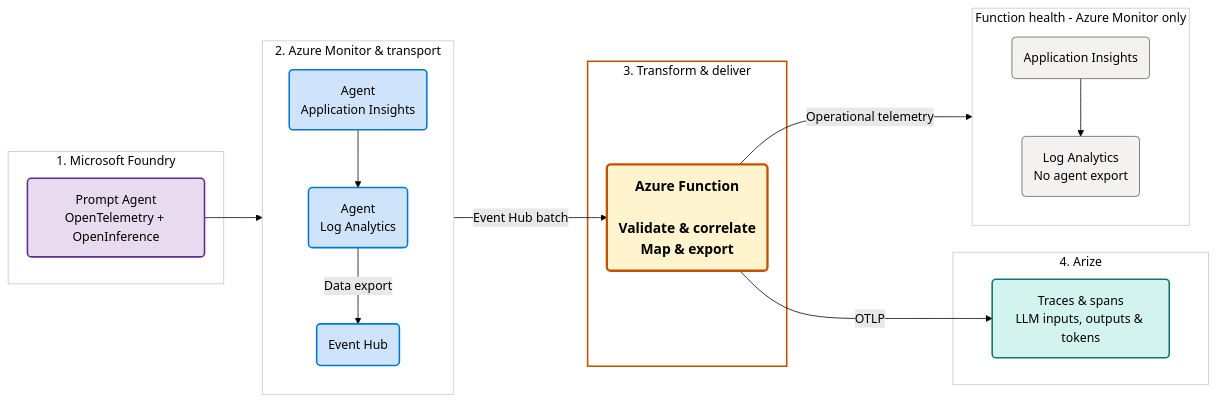
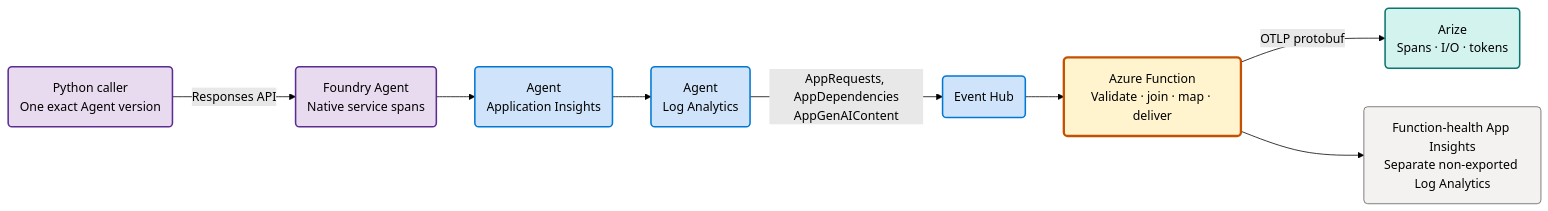
The diagram in README.md (rob-mckenna/foundry-otel-to-arize-demo), drawn with Mermaid (forest theme) before and after one commit. The commit also changed other lines of this file and 356 other files, not shown here.

First line of the commit message:
refactor: reduce repository to minimal Foundry-to-Arize preview (#158)

````diff
--- a/README.md
+++ b/README.md
@@ -13,54 +10,24 @@
 ```mermaid
 flowchart LR
-    accTitle: Foundry agent telemetry to Arize
-    accDescr: Agent telemetry passes through Azure Monitor and Event Hub to the Azure Function for validation, per-span content correlation, mapping and OTLP export to Arize. Function-health telemetry goes to separate Azure Monitor resources with no agent export.
+    accTitle: Native Foundry Agent telemetry to Arize
+    accDescr: One versioned agent invocation produces native Azure Monitor telemetry. The Azure Function validates, correlates per-span content, maps and delivers it to Arize. Function health uses a separate non-exported workspace.
 
-    subgraph FOUNDRY["1. Microsoft Foundry"]
-        A("Prompt Agent<br/>OpenTelemetry + OpenInference")
-    end
-
-    subgraph MONITOR["2. Azure Monitor & transport"]
-        direction TB
-        B("Agent<br/>Application Insights")
-        C("Agent<br/>Log Analytics")
-        D("Event Hub")
-        B --> C -->|Data export| D
-    end
-
-    subgraph TRANSFORM["3. Transform & deliver"]
-        E("Azure Function<br/><br/>Validate & correlate<br/>Map & export")
-    end
-
-    subgraph ARIZE["4. Arize"]
-        F("Traces & spans<br/>LLM inputs, outputs & tokens")
-    end
-
-    subgraph HEALTH["Function health - Azure Monitor only"]
-        direction TB
-        H("Application Insights")
-        I("Log Analytics<br/>No agent export")
-        H --> I
-    end
-
-    A --> MONITOR
-    MONITOR -->|Event Hub batch| E
-    E -->|OTLP| F
-    E -->|Operational telemetry| HEALTH
+    C("Python caller<br/>One exact Agent version") -->|Responses API| A("Foundry Agent<br/>Native service spans")
+    A --> B("Agent<br/>Application Insights")
+    B --> L("Agent<br/>Log Analytics")
+    L -->|AppRequests, AppDependencies<br/>AppGenAIContent| E("Event Hub")
+    E --> F("Azure Function<br/>Validate · join · map · deliver")
+    F -->|OTLP protobuf| R("Arize<br/>Spans · I/O · tokens")
+    F --> H("Function-health App Insights<br/>Separate non-exported Log Analytics")
 
     classDef agent fill:#e8daef,stroke:#5c2d91,color:#000,stroke-width:2px;
     classDef azure fill:#cfe4fa,stroke:#0078d4,color:#000,stroke-width:2px;
-    classDef function fill:#fff4ce,stroke:#c45100,color:#000,stroke-width:3px,font-size:18px,font-weight:bold;
+    classDef focal fill:#fff4ce,stroke:#c45100,color:#000,stroke-width:3px;
     classDef destination fill:#d3f3ef,stroke:#0c756f,color:#000,stroke-width:2px;
-    classDef health fill:#f3f2f1,stroke:#605e5c,color:#000,stroke-width:1px;
-    class A agent;
-    class B,C,D azure;
-    class E function;
-    class F destination;
-    class H,I health;
-
-    style FOUNDRY fill:#fff,stroke:#c8c6c4,color:#000
-    style MONITOR fill:#fff,stroke:#c8c6c4,color:#000
-    style TRANSFORM fill:#fff,stroke:#c45100,color:#000,stroke-width:2px
-    style ARIZE fill:#fff,stroke:#c8c6c4,color:#000
-    style HEALTH fill:#fff,stroke:#c8c6c4,color:#000
+    classDef health fill:#f3f2f1,stroke:#605e5c,color:#000;
+    class C,A agent;
+    class B,L,E azure;
+    class F focal;
+    class R destination;
+    class H health;
 ```
````
